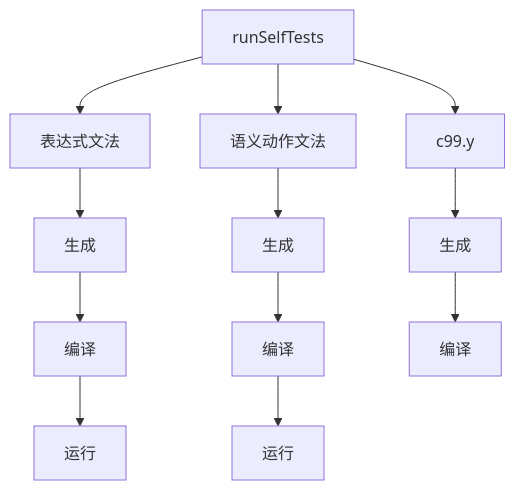
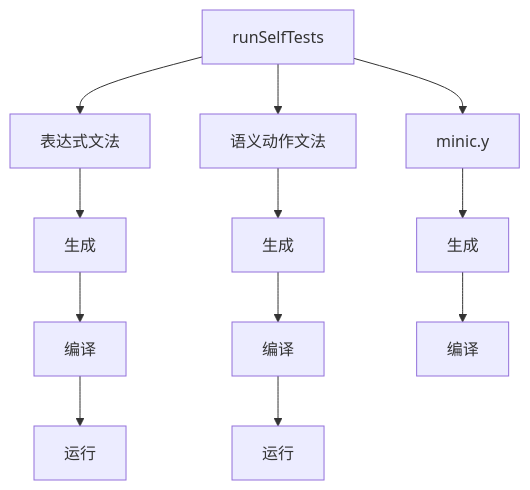
Before and after one commit to prestige12138/seuCompiler: the fourth of 5 diagrams in seuYacc/docs/DEPENDENCY_GRAPH.md, drawn with Mermaid. The commit also changed 21 other files, not shown here.

````diff
--- a/seuYacc/docs/DEPENDENCY_GRAPH.md
+++ b/seuYacc/docs/DEPENDENCY_GRAPH.md
@@ -73,17 +73,17 @@
 ```mermaid
 flowchart TD
     T0[runSelfTests] --> T1[表达式文法]
     T0 --> T2[语义动作文法]
-    T0 --> T3[c99.y]
+    T0 --> T3[minic.y]
 
     T1 --> T1A[生成]
     T1A --> T1B[编译]
     T1B --> T1C[运行]
 
     T2 --> T2A[生成]
     T2A --> T2B[编译]
     T2B --> T2C[运行]
 
     T3 --> T3A[生成]
     T3A --> T3B[编译]
 ```
````
